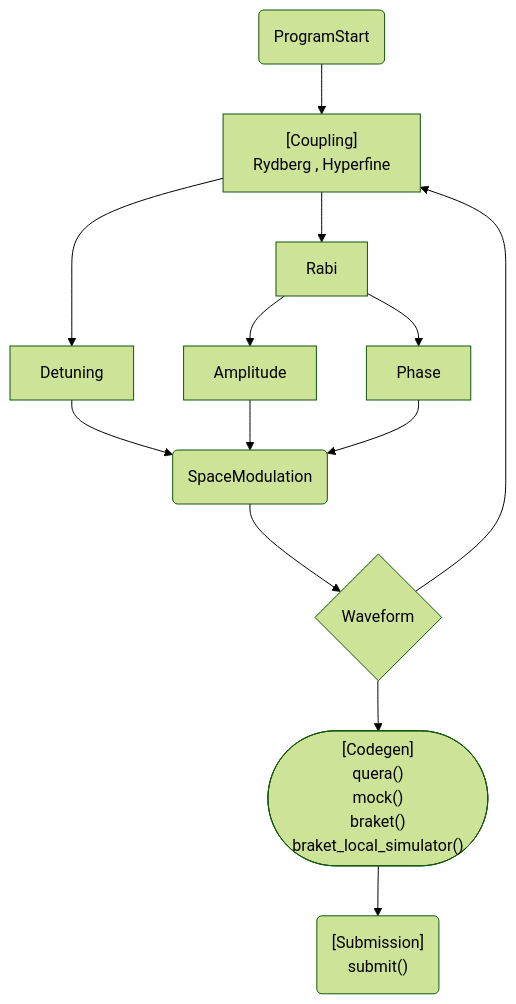
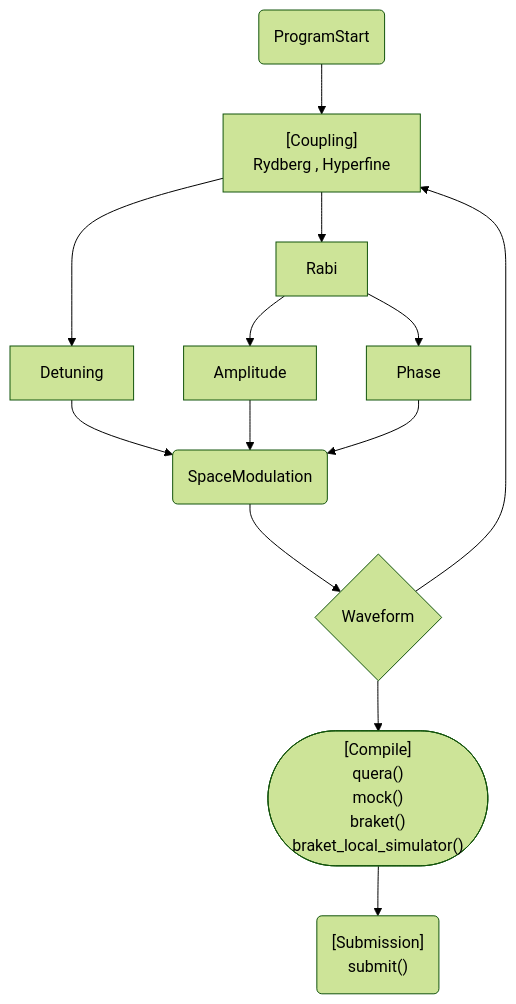
Before and after one commit to QuEraComputing/bloqade-python: the diagram in docs/docs/tree/builder.md, drawn with Mermaid (forest theme).

Commit message:
change node to Compile instead of codegen

````diff
--- a/docs/docs/tree/builder.md
+++ b/docs/docs/tree/builder.md
@@ -4,43 +4,43 @@
 ``` mermaid
 graph TD
 
   ProgramStart(ProgramStart)
 
   Coupling["[Coupling]
   Rydberg , Hyperfine"]
 
   Detuning[Detuning]
   Rabi[Rabi]
 
   Amplitude[Amplitude]
   Phase[Phase]
 
   SpaceModulation(SpaceModulation)
   Waveform{Waveform}
 
-  Codegen(["[Codegen]
+  Codegen(["[Compile]
   quera()
   mock()
   braket()
   braket_local_simulator()"])
 
   Submit("[Submission]
   submit()")
 
   ProgramStart --> Coupling;
   Coupling --> Detuning;
   Coupling --> Rabi;
 
   Rabi --> Amplitude;
   Rabi --> Phase;
 
   Detuning --> SpaceModulation;
   Amplitude --> SpaceModulation;
   Phase --> SpaceModulation;
 
   SpaceModulation --> Waveform;
 
   Waveform --> Coupling;
   Waveform --> Codegen;
   Codegen --> Submit;
 ```
````
